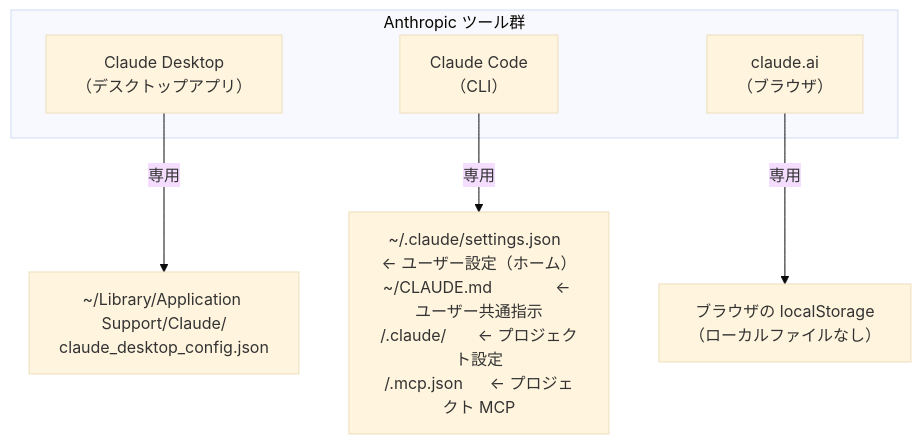
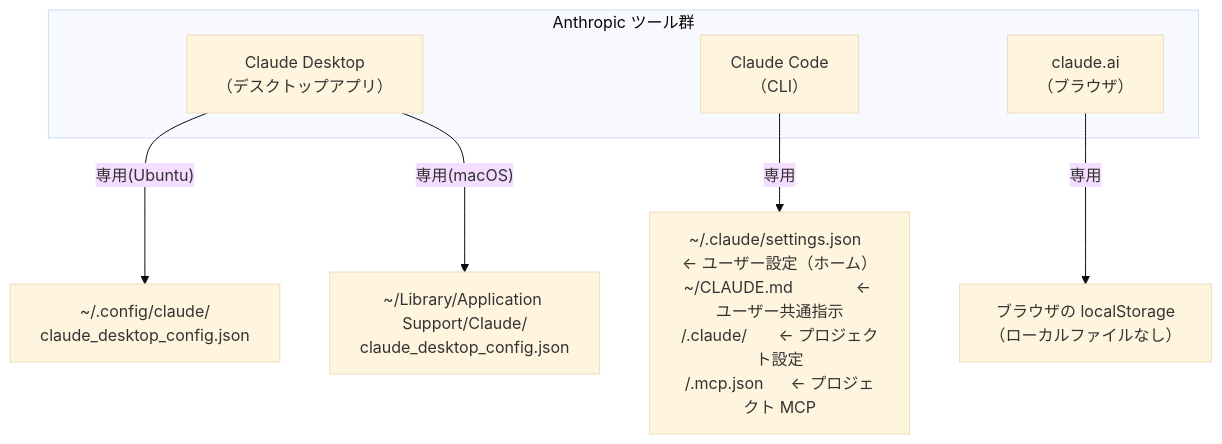
The sixth of 7 diagrams in README.md (zabaot/claude-project-template), drawn with Mermaid (base theme) before and after one commit. The commit also changed other lines of this file and 2 other files, not shown here.

Commit message:
Split writing guides to docs/, add Ubuntu Linux instructions

````diff
--- a/README.md
+++ b/README.md
@@ -277,12 +277,13 @@
 ```mermaid
 graph TD
     subgraph anthropic["Anthropic ツール群"]
         CD["Claude Desktop\n（デスクトップアプリ）"]
         CC["Claude Code\n（CLI）"]
         CW["claude.ai\n（ブラウザ）"]
     end
 
-    CD -->|"専用"| DF["~/Library/Application Support/Claude/\nclaude_desktop_config.json"]
+    CD -->|"専用(Ubuntu)"| DU["~/.config/claude/\nclaude_desktop_config.json"]
+    CD -->|"専用(macOS)"| DF["~/Library/Application Support/Claude/\nclaude_desktop_config.json"]
     CC -->|"専用"| CF["~/.claude/settings.json  ← ユーザー設定（ホーム）\n~/CLAUDE.md              ← ユーザー共通指示\n<project>/.claude/       ← プロジェクト設定\n<project>/.mcp.json      ← プロジェクト MCP"]
     CW -->|"専用"| BF["ブラウザの localStorage\n（ローカルファイルなし）"]
 ```
````
